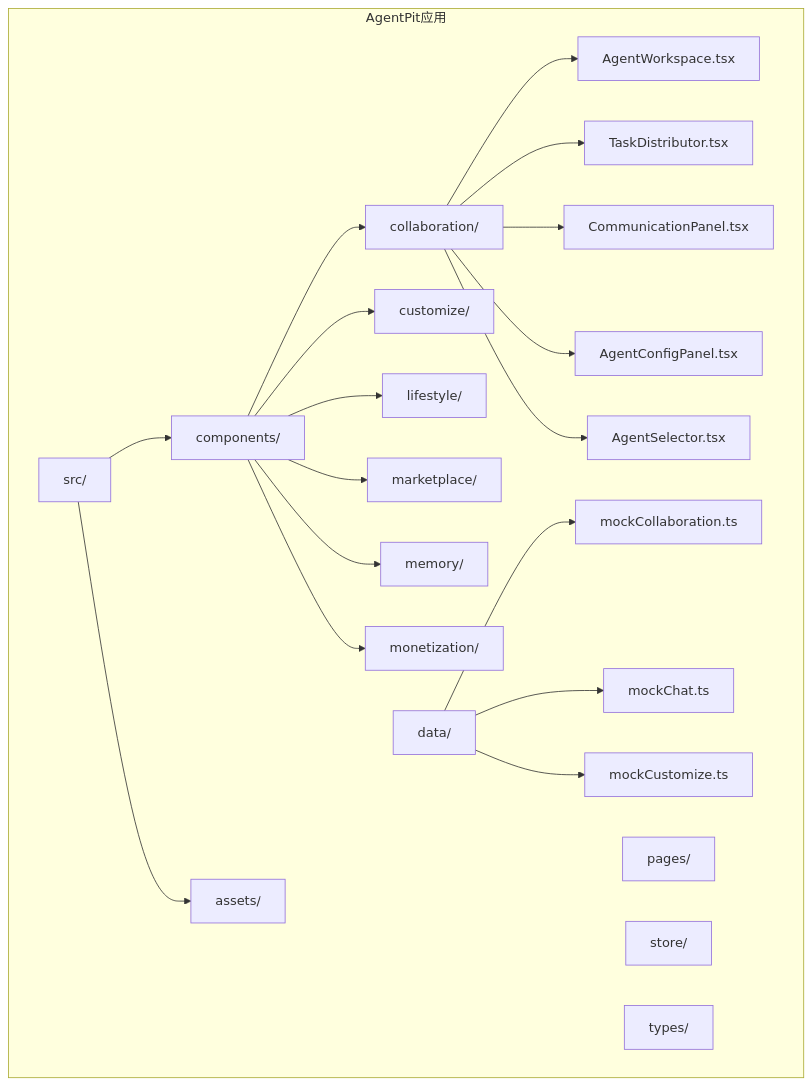
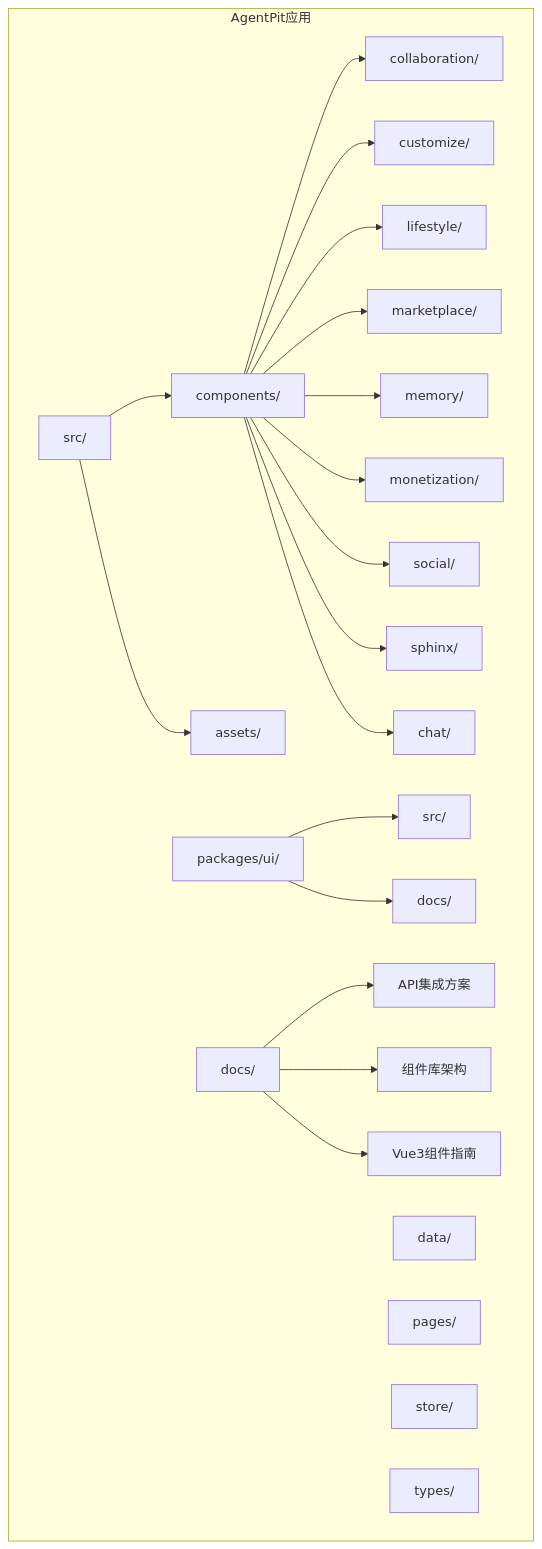
Before and after one commit to daoApps/daoApps: the first of 8 diagrams in .qoder/repowiki/zh/content/AgentPit智能体协作平台/AgentPit智能体协作平台.md, drawn with Mermaid. The commit also changed other lines of this file and 7 other files, not shown here.

````diff
--- a/.qoder/repowiki/zh/content/AgentPit智能体协作平台/AgentPit智能体协作平台.md
+++ b/.qoder/repowiki/zh/content/AgentPit智能体协作平台/AgentPit智能体协作平台.md
@@ -33,26 +39,28 @@
 ```mermaid
 graph TB
 subgraph "AgentPit应用"
 SRC[src/]
 DATA[data/]
 PAGES[pages/]
 STORE[store/]
 TYPES[types/]
+UI[packages/ui/]
+DOCS[docs/]
 SRC --> COMPONENTS[components/]
 SRC --> ASSETS[assets/]
 COMPONENTS --> COLLABORATION[collaboration/]
 COMPONENTS --> CUSTOMIZE[customize/]
 COMPONENTS --> LIFESTYLE[lifestyle/]
 COMPONENTS --> MARKETPLACE[marketplace/]
 COMPONENTS --> MEMORY[memory/]
 COMPONENTS --> MONETIZATION[monetization/]
-COLLABORATION --> WORKSPACE[AgentWorkspace.tsx]
-COLLABORATION --> TASKDIST[TaskDistributor.tsx]
-COLLABORATION --> COMM[CommunicationPanel.tsx]
-COLLABORATION --> CONFIG[AgentConfigPanel.tsx]
-COLLABORATION --> SELECTOR[AgentSelector.tsx]
-DATA --> MOCKDATA[mockCollaboration.ts]
-DATA --> MOCKCHAT[mockChat.ts]
-DATA --> MOCKCUSTOMIZE[mockCustomize.ts]
+COMPONENTS --> SOCIAL[social/]
+COMPONENTS --> SPHINX[sphinx/]
+COMPONENTS --> CHAT[chat/]
+UI --> SRC_UI[src/]
+UI --> DOCS_UI[docs/]
+DOCS --> API_PLAN[API集成方案]
+DOCS --> COMP_LIB[组件库架构]
+DOCS --> VUE_GUIDE[Vue3组件指南]
 end
 ```
````
